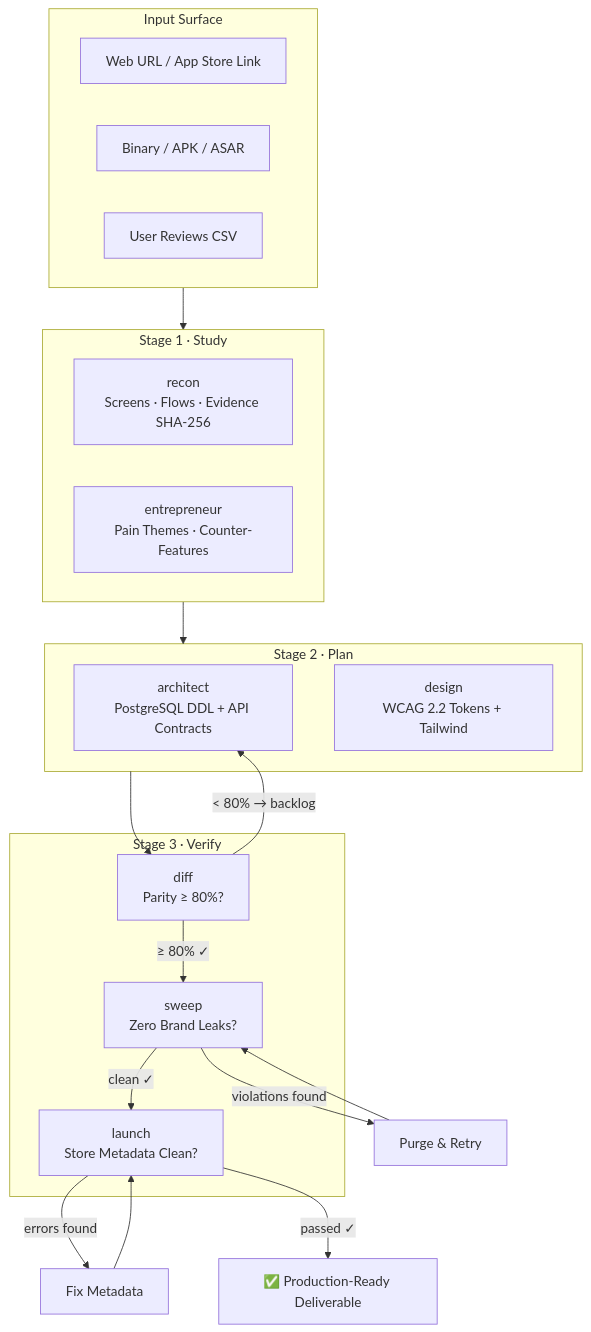
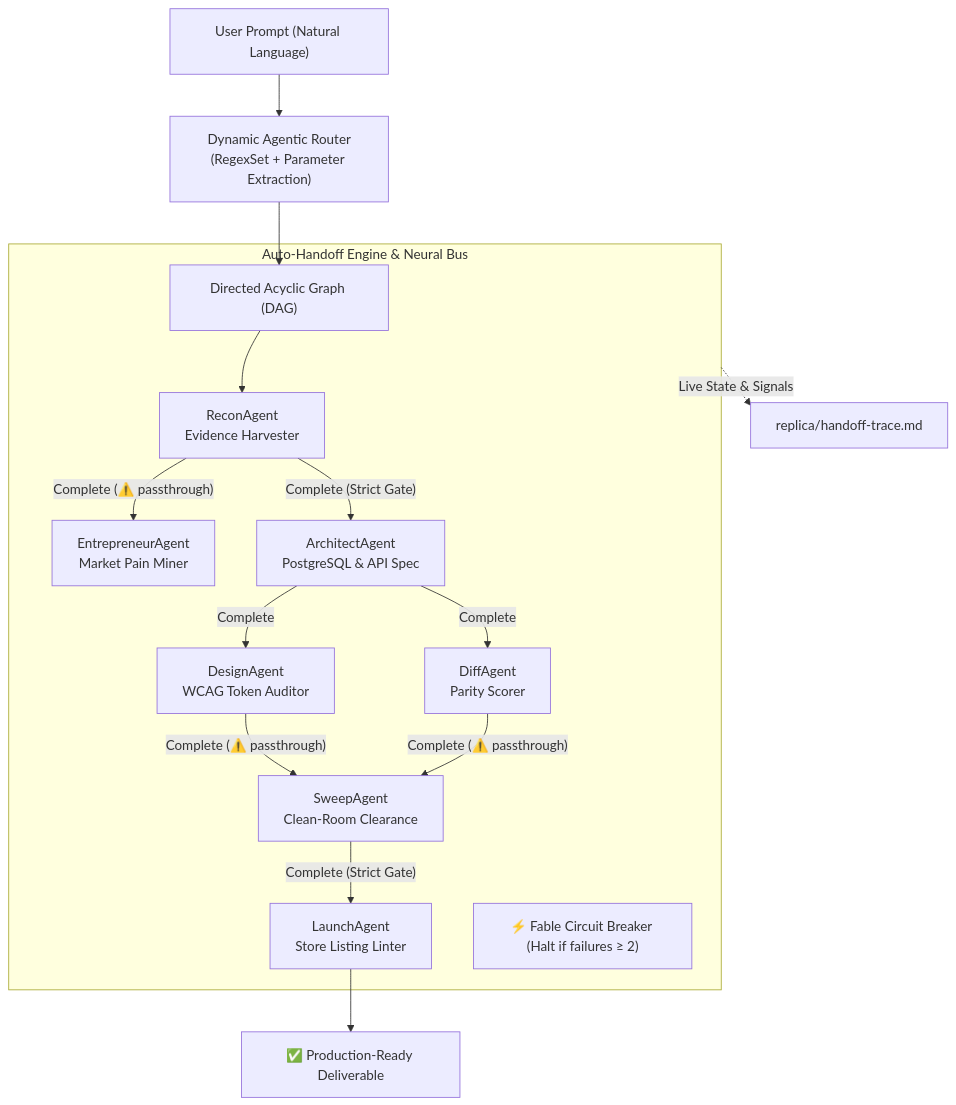
One commit to imMamdouhaboammar/replica-square changed the diagram in skills/replica-square/SKILL.md. Above: the diagram before and after it, drawn with Mermaid. The commit also changed other lines of this file and 22 other files, not shown here.

Commit message:
feat(agentic): implement DynamicRouter, ToolAgent layer, NeuralGraph bus, and AutoHandoff engine with circuit breaker

````diff
--- a/skills/replica-square/SKILL.md
+++ b/skills/replica-square/SKILL.md
@@ -57,38 +57,21 @@
 ```mermaid
 flowchart TD
-    subgraph INPUT ["Input Surface"]
-        URL["Web URL / App Store Link"]
-        BIN["Binary / APK / ASAR"]
-        REV["User Reviews CSV"]
+    PROMPT["User Prompt (Natural Language)"] --> ROUTER["Dynamic Agentic Router<br/>(RegexSet + Parameter Extraction)"]
+    ROUTER --> DAG["Directed Acyclic Graph (DAG)"]
+
+    subgraph ENGINE ["Auto-Handoff Engine & Neural Bus"]
+        DAG --> RECON["ReconAgent<br/>Evidence Harvester"]
+        RECON -->|"Complete (⚠️ passthrough)"| ENTRE["EntrepreneurAgent<br/>Market Pain Miner"]
+        RECON -->|"Complete (Strict Gate)"| ARCH["ArchitectAgent<br/>PostgreSQL & API Spec"]
+        ARCH -->|"Complete"| DESIGN["DesignAgent<br/>WCAG Token Auditor"]
+        ARCH -->|"Complete"| DIFF["DiffAgent<br/>Parity Scorer"]
+        DESIGN -->|"Complete (⚠️ passthrough)"| SWEEP["SweepAgent<br/>Clean-Room Clearance"]
+        DIFF -->|"Complete (⚠️ passthrough)"| SWEEP
+        SWEEP -->|"Complete (Strict Gate)"| LAUNCH["LaunchAgent<br/>Store Listing Linter"]
+
+        CIRCUIT["⚡ Fable Circuit Breaker (Halt if failures ≥ 2)"]
     end
 
-    subgraph STAGE1 ["Stage 1 · Study"]
-        RECON["recon<br/>Screens · Flows · Evidence SHA-256"]
-        ENTRE["entrepreneur<br/>Pain Themes · Counter-Features"]
-    end
-
-    subgraph STAGE2 ["Stage 2 · Plan"]
-        ARCH["architect<br/>PostgreSQL DDL + API Contracts"]
-        DESIGN["design<br/>WCAG 2.2 Tokens + Tailwind"]
-    end
-
-    subgraph STAGE3 ["Stage 3 · Verify"]
-        DIFF["diff<br/>Parity ≥ 80%?"]
-        SWEEP["sweep<br/>Zero Brand Leaks?"]
-        LAUNCH["launch<br/>Store Metadata Clean?"]
-    end
-
-    OUT["✅ Production-Ready Deliverable"]
-
-    INPUT --> STAGE1
-    STAGE1 --> STAGE2
-    STAGE2 --> DIFF
-    DIFF -->|"< 80% → backlog"| ARCH
-    DIFF -->|"≥ 80% ✓"| SWEEP
-    SWEEP -->|"violations found"| FIX["Purge & Retry"]
-    FIX --> SWEEP
-    SWEEP -->|"clean ✓"| LAUNCH
-    LAUNCH -->|"errors found"| FIXL["Fix Metadata"]
-    FIXL --> LAUNCH
-    LAUNCH -->|"passed ✓"| OUT
+    LAUNCH --> OUT["✅ Production-Ready Deliverable"]
+    ENGINE -.->|"Live State & Signals"| TRACE["replica/handoff-trace.md"]
 ```
````
